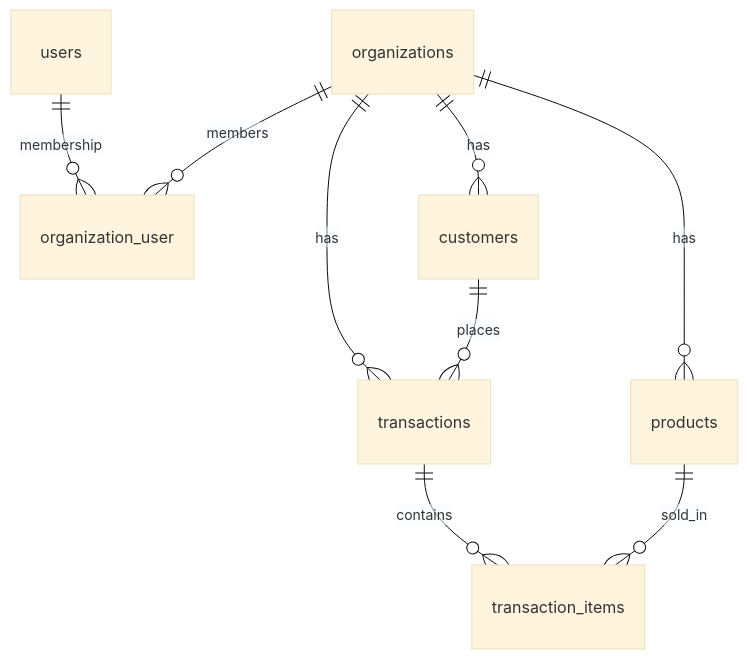
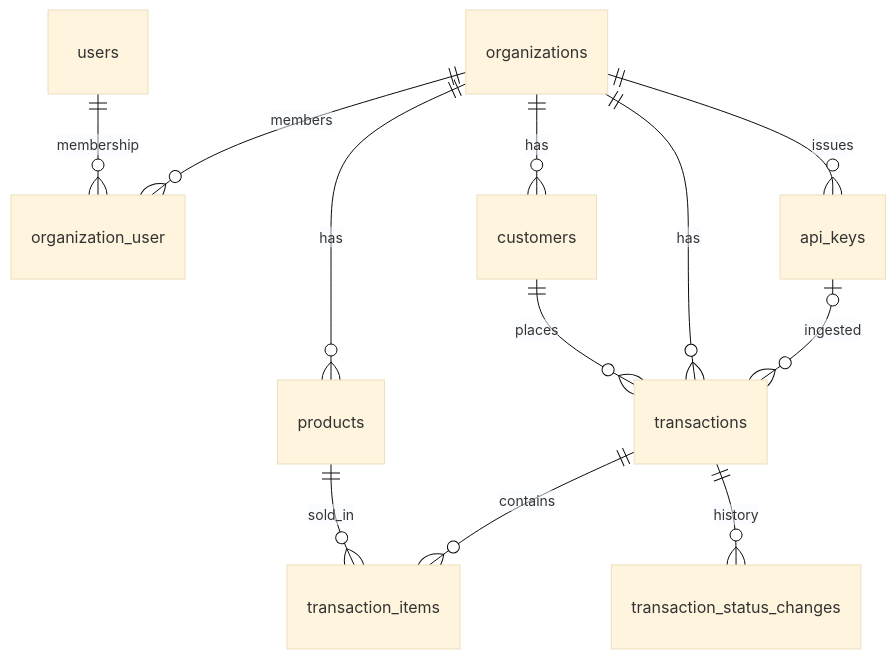
The second of 3 diagrams in docs/architecture.md (Henriqueverri/pulseboard), drawn with Mermaid (base theme) before and after one commit. The commit also changed other lines of this file and 14 other files, not shown here.

````diff
--- a/docs/architecture.md
+++ b/docs/architecture.md
@@ -23,11 +24,14 @@
 ```mermaid
 erDiagram
   users ||--o{ organization_user : membership
   organizations ||--o{ organization_user : members
   organizations ||--o{ products : has
   organizations ||--o{ customers : has
   organizations ||--o{ transactions : has
+  organizations ||--o{ api_keys : issues
   customers ||--o{ transactions : places
   transactions ||--o{ transaction_items : contains
+  transactions ||--o{ transaction_status_changes : history
   products ||--o{ transaction_items : sold_in
+  api_keys |o--o{ transactions : ingested
 ```
````
